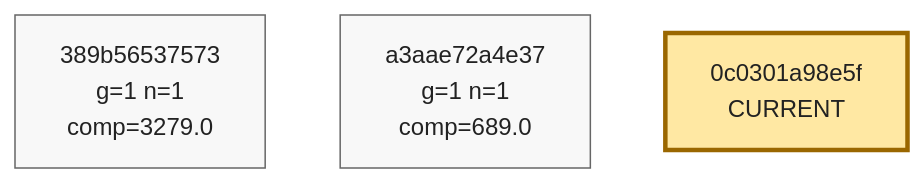
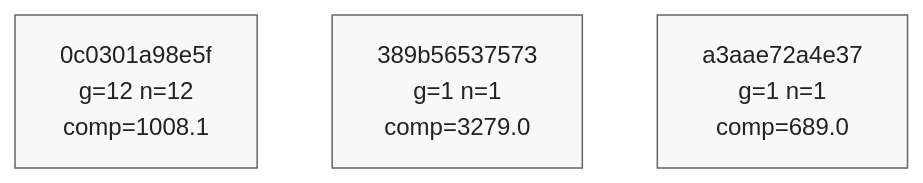
Before and after one commit to azumag/soviet_now: the tenth of 10 diagrams in phyrogenetic-tree.md, drawn with Mermaid. The commit also changed other lines of this file and 2 other files, not shown here.

````diff
--- a/phyrogenetic-tree.md
+++ b/phyrogenetic-tree.md
@@ -2539,16 +2542,16 @@
 ```mermaid
 flowchart TD
+    h_0c0301a98e5f["0c0301a98e5f<br/>g=12 n=12<br/>comp=1008.1"]
     h_389b56537573["389b56537573<br/>g=1 n=1<br/>comp=3279.0"]
     h_a3aae72a4e37["a3aae72a4e37<br/>g=1 n=1<br/>comp=689.0"]
-    h_0c0301a98e5f["0c0301a98e5f<br/>CURRENT"]
 
 
     classDef plain fill:#f8f8f8,stroke:#666,stroke-width:1px,color:#222;
     classDef current fill:#ffe8a3,stroke:#9a6700,stroke-width:3px,color:#222;
     classDef anchor fill:#d7f5dd,stroke:#1f6f43,stroke-width:3px,color:#222;
     classDef current_anchor fill:#f3e4a8,stroke:#1f6f43,stroke-width:4px,color:#222;
 
+    class h_0c0301a98e5f plain;
     class h_389b56537573 plain;
     class h_a3aae72a4e37 plain;
-    class h_0c0301a98e5f current;
 ```
````
